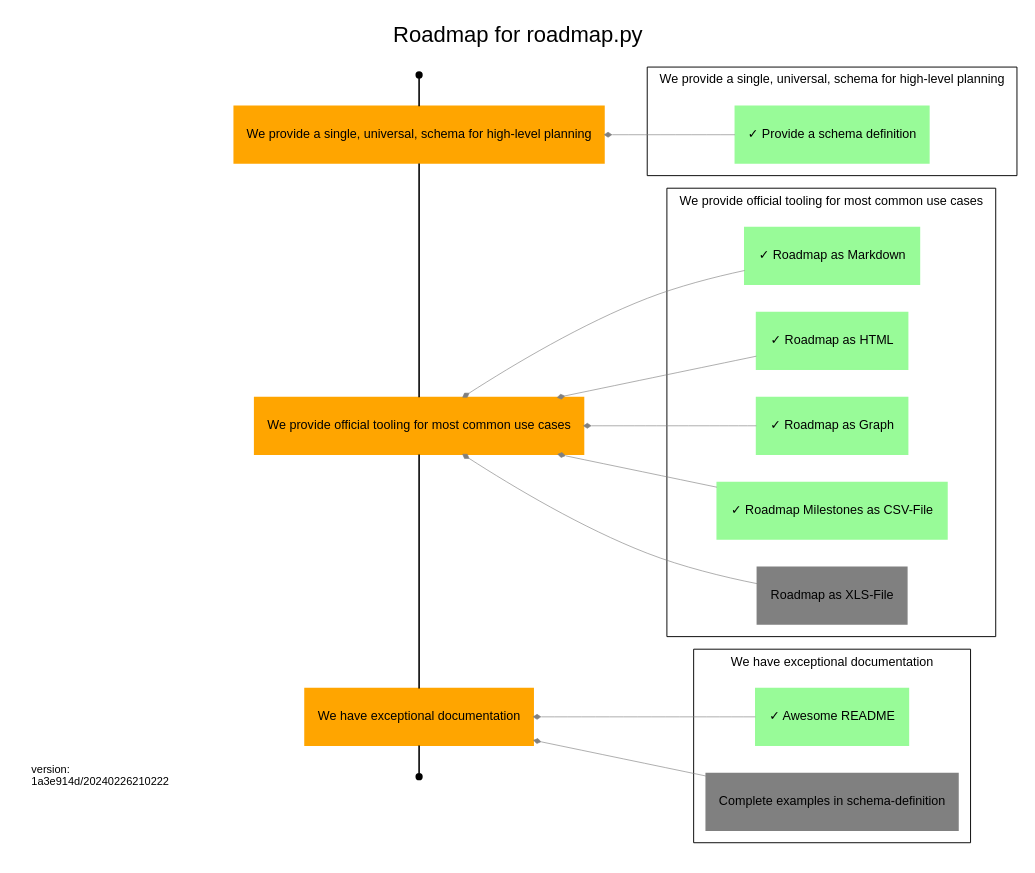
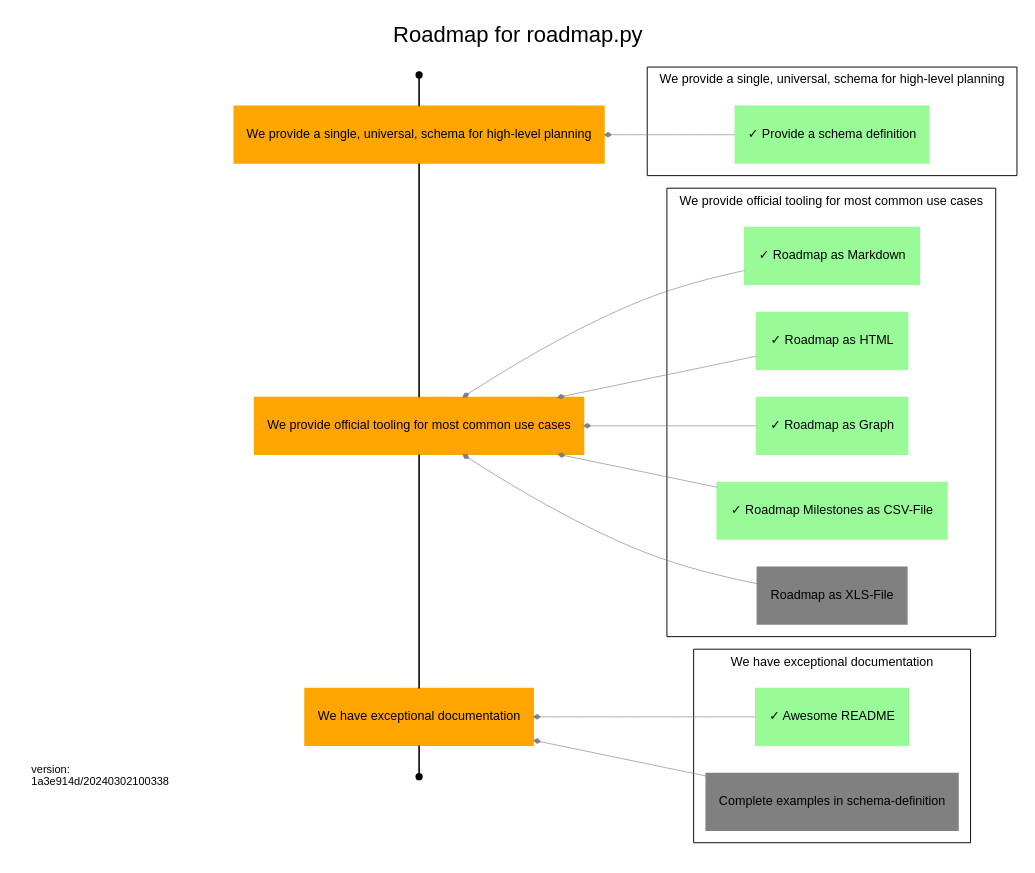
The diagram in roadmap/roadmap.dot (uroflavin/roadmap), drawn with Graphviz before and after one commit. The commit also changed 7 other files, not shown here.

```diff
--- a/roadmap/roadmap.dot
+++ b/roadmap/roadmap.dot
@@ -1,143 +1,143 @@
 digraph Roadmap {
   rankdir=RL;
   label="Roadmap for roadmap.py"
   tooltip="This is the planning roadmap for the [uroflavin/roadmap](https://github.com/uroflavin/roadmap) project. 
 It acts as both the plan for implementing this tool as well as a demonstration of what a roadmap might look like.
 
 One good example is this roadmap itself. 
 What to-do and what is already done to implement roadmap.py can you see in this picture.
 
 ![Roadmap Objectives and Keyresults, rendered from roadmap.yml](roadmap.dot.png)
 
 One of the things you'll immediately notice about this file is that it uses *Markdown* for formatting of text and is designed around a structured YAML schema. 
 The goal is to make this as easy as possible for humans to read and reason about, while also enabling powerful visualizations to be generated based on the content.
 ";
   fontname="Arial";
   labelloc="t";
 
   node[style="filled",shape="rectangle",color="orange",fontname="Arial",fontsize=8];
   edge[weight=1,group="milestones",arrowhead="none"];
 
   {
 	rank=same;
 
 	start[label="Start",shape="point",color="",tooltip="This is the start of your roadmap."];
     end[label="End",shape="point",color="",tooltip="This is the end of your roadmap."];
     
     
     o1 [label="We provide a single, universal, schema for high-level planning",tooltip="The goal of this project is, primarily, to provide a single schema that can be used by different teams to describe the work they are doing and their future intentions. 
 The usefulness and applicability of this schema to real-world problem domains will determine whether anything else we do here is of value.
 "];
         
             "start" -> o1;
         
     o2 [label="We provide official tooling for most common use cases",tooltip="While the goal of having a single unified schema for planning is that it enables the development of tools that automate various aspects of planning, most teams are not going to adopt this if the fundamentals aren't already solved for them. 
 This includes things like being able to visualize your road map in common formats, validating it against the schema etc.
 "];
         
             o1 -> o2;
         
     o3 [label="We have exceptional documentation",tooltip="Adoption of something intended to make planning easier is only going to be successful if it is easy to use, and a critical part of that is great documentation. 
 Our goal is that someone with no familiarity with our tooling can ramp up and have an initial road map ready for use within only a few minutes.
 "];
         
             o2 -> o3;
         
             o3 -> "end" ;
         }
   node[color="grey"];
   edge[weight=5,color="grey",penwidth=0.4,arrowsize=0.4,group="dependencies",arrowhead="diamond"];
 
   
         
         subgraph cluster_o1 {
             label="We provide a single, universal, schema for high-level planning";
             tooltip="The goal of this project is, primarily, to provide a single schema that can be used by different teams to describe the work they are doing and their future intentions. 
 The usefulness and applicability of this schema to real-world problem domains will determine whether anything else we do here is of value.
 ";
             fontsize=8;
             penwidth=0.6;
             
                 
                 
                     
                 o1_r1 [label="✓ Provide a schema definition",tooltip="Develop a schema that fulfills the main requirements of the objective",color="palegreen"];
                 o1_r1 -> o1;
             }
     
         
         subgraph cluster_o2 {
             label="We provide official tooling for most common use cases";
             tooltip="While the goal of having a single unified schema for planning is that it enables the development of tools that automate various aspects of planning, most teams are not going to adopt this if the fundamentals aren't already solved for them. 
 This includes things like being able to visualize your road map in common formats, validating it against the schema etc.
 ";
             fontsize=8;
             penwidth=0.6;
             
                 
                 
                     
                 o2_r1 [label="✓ Roadmap as Markdown",tooltip="We should be able to generate some markdown out of roadmap.yml
 ",color="palegreen"];
                 o2_r1 -> o2;
             
                 
                 
                     
                 o2_r2 [label="✓ Roadmap as HTML",tooltip="We should be able to generate some html out of roadmap.yml
 ",color="palegreen"];
                 o2_r2 -> o2;
             
                 
                 
                     
                 o2_r3 [label="✓ Roadmap as Graph",tooltip="We should be able to generate some dot out of roadmap.yml
 ",color="palegreen"];
                 o2_r3 -> o2;
             
                 
                 
                     
                 o2_r4 [label="✓ Roadmap Milestones as CSV-File",tooltip="Excel is THE projectmanagement tool. 
 To render some progress in your favorite tool ;-) we should be able to generate some csv out of roadmap.yml-milestone and deliverables.
 CSV is limited capable for exporting everything, so this would be a good first step towards Roadmap als XLS-File.
 ",color="palegreen"];
                 o2_r4 -> o2;
             
                 
                 
                     
                 o2_r5 [label="Roadmap as XLS-File",tooltip="We should be able to generate some xls out of roadmap.yml
 ",color="grey"];
                 o2_r5 -> o2;
             }
     
         
         subgraph cluster_o3 {
             label="We have exceptional documentation";
             tooltip="Adoption of something intended to make planning easier is only going to be successful if it is easy to use, and a critical part of that is great documentation. 
 Our goal is that someone with no familiarity with our tooling can ramp up and have an initial road map ready for use within only a few minutes.
 ";
             fontsize=8;
             penwidth=0.6;
             
                 
                 
                     
                 o3_r1 [label="✓ Awesome README",tooltip="We need to complete our README explaining the purpose of this project and giving some basic examples of its use.
 ",color="palegreen"];
                 o3_r1 -> o3;
             
                 
                 
                     
                 o3_r2 [label="Complete examples in schema-definition",tooltip="Complete the examples so that every user of the schema is able to find suitable examples for their specific use cases",color="grey"];
                 o3_r2 -> o3;
             }
     subgraph footer {
                 {
                     rank="sink"; 
-                    footer [fontsize=7 shape="box" color="white" label="version:\l1a3e914d/20240226210222\l"];
+                    footer [fontsize=7 shape="box" color="white" label="version:\l1a3e914d/20240302100338\l"];
                 }
             }
 }
```
